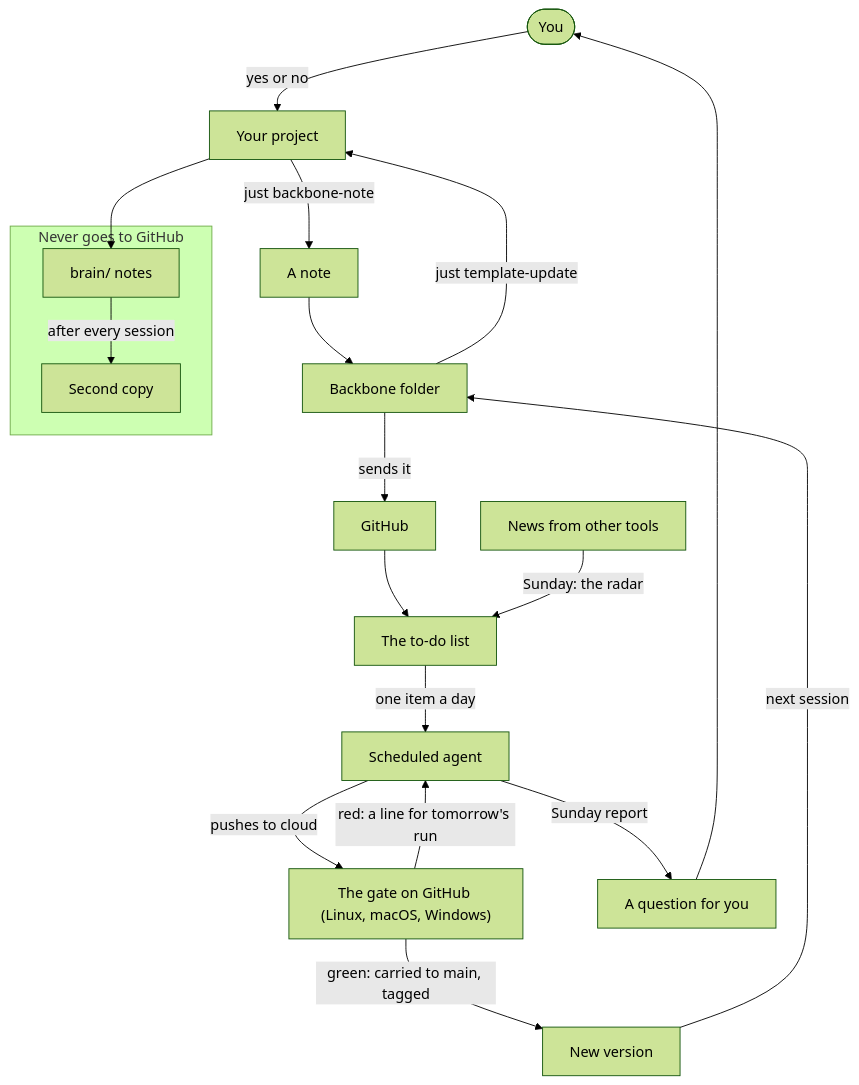
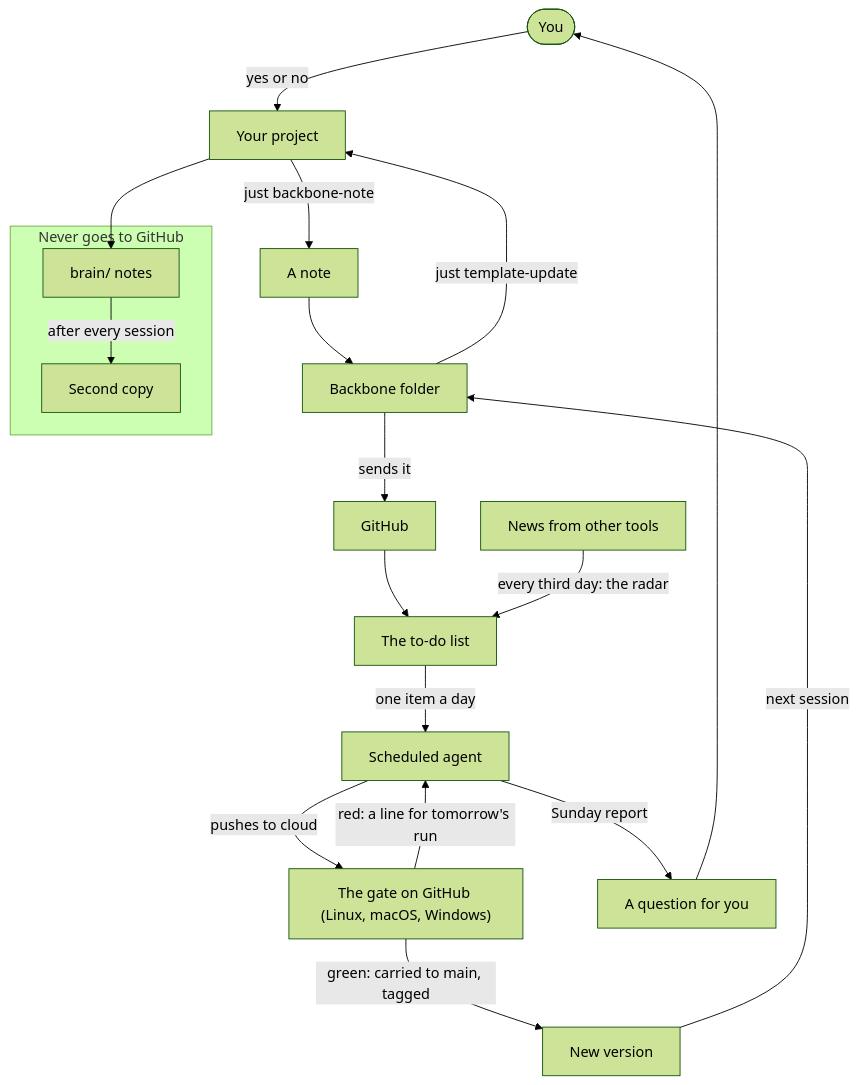
One commit to yerlytech/ai-backbone changed the first of 2 diagrams in docs/how-it-works.md. Above: the diagram before and after it, drawn with Mermaid (forest theme). The commit also changed other lines of this file and 20 other files, not shown here.

First line of the commit message:
feat: 3.28.0 — current tools first, read where they are installed from; the radar every third day; actions/checkout v7 (spec 021)

````diff
--- a/docs/how-it-works.md
+++ b/docs/how-it-works.md
@@ -9,38 +9,38 @@
 ```mermaid
 flowchart TD
     you(["You"])
     proj["Your project"]
     memo["A note"]
     folder["Backbone folder"]
     hub["GitHub"]
     todo["The to-do list"]
     news["News from other tools"]
     agent["Scheduled agent"]
     gate["The gate on GitHub (Linux, macOS, Windows)"]
     ver["New version"]
     ask["A question for you"]
 
     subgraph kept ["Never goes to GitHub"]
         brain["brain/ notes"]
         spare["Second copy"]
     end
 
     proj -->|"just backbone-note"| memo
     memo --> folder
     folder -->|"sends it"| hub
     hub --> todo
-    news -->|"Sunday: the radar"| todo
+    news -->|"every third day: the radar"| todo
     todo -->|"one item a day"| agent
     agent -->|"pushes to cloud"| gate
     gate -->|"green: carried to main, tagged"| ver
     gate -->|"red: a line for tomorrow's run"| agent
     ver -->|"next session"| folder
     folder -->|"just template-update"| proj
 
     agent -->|"Sunday report"| ask
     ask --> you
     you -->|"yes or no"| proj
 
     proj --> brain
     brain -->|"after every session"| spare
 ```
````
